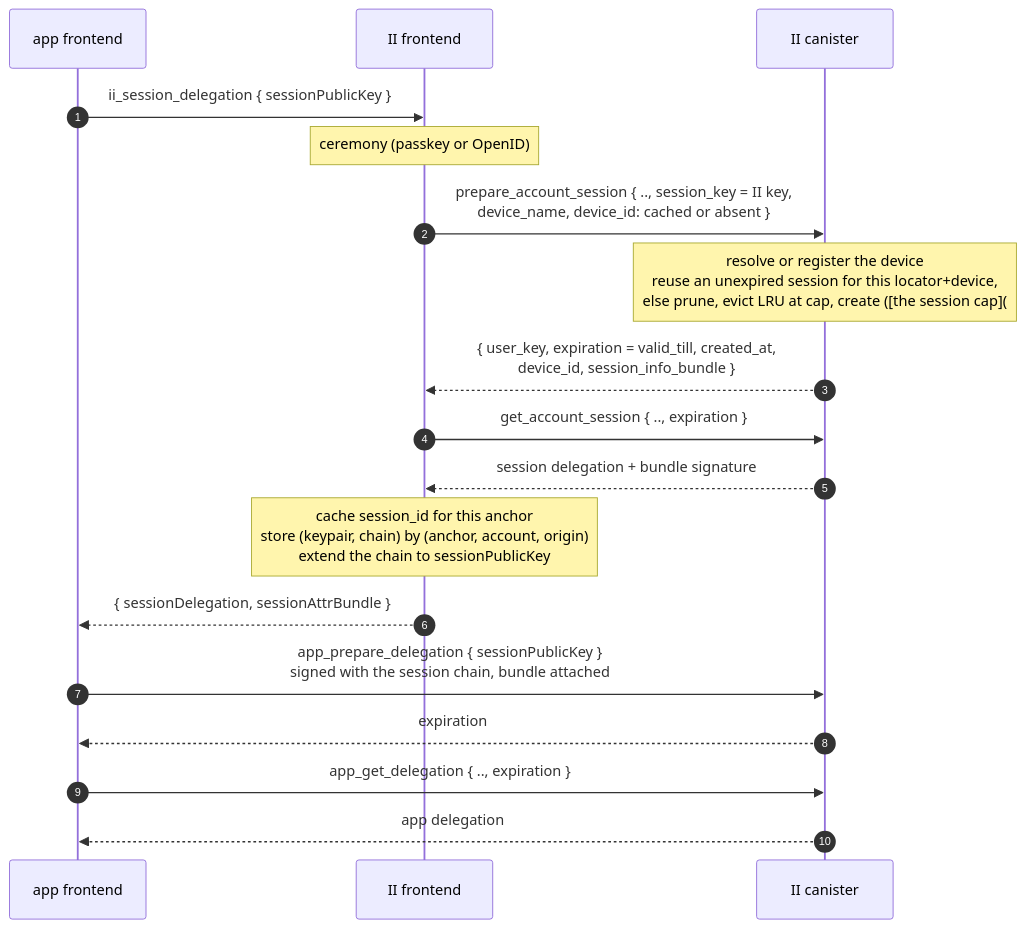
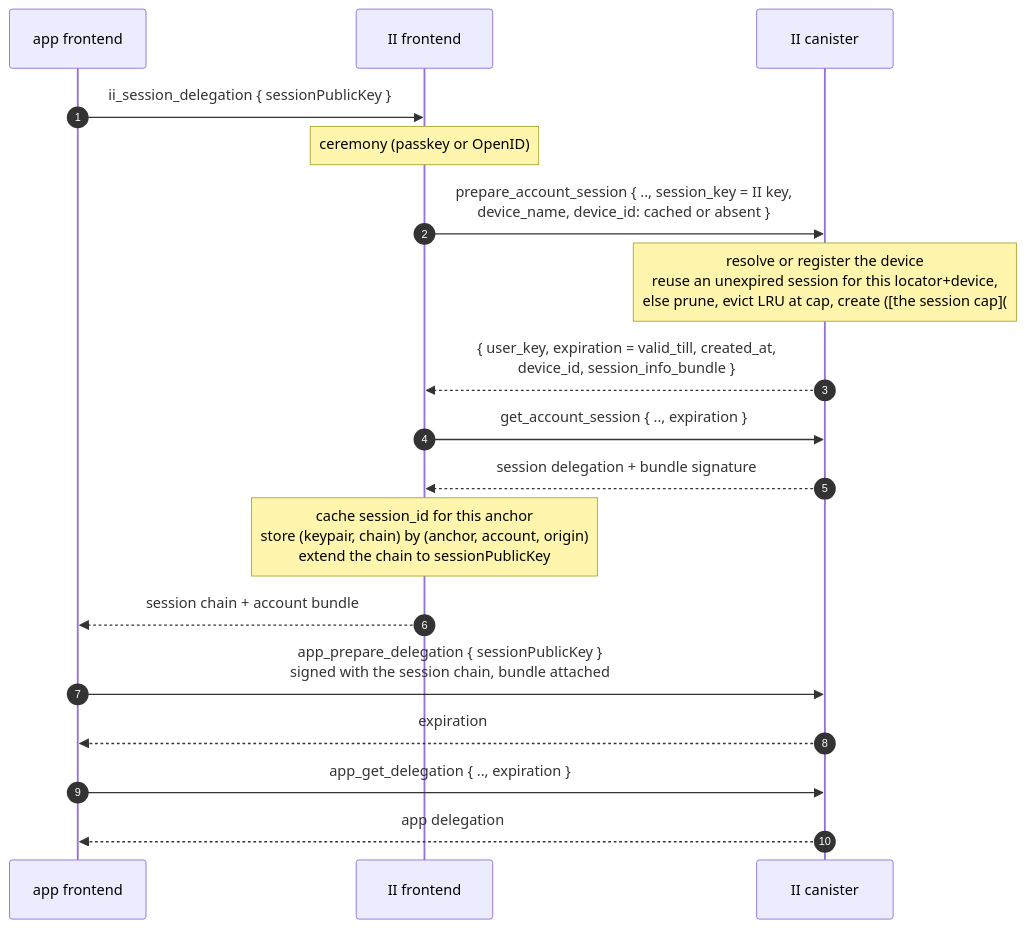
One commit to dfinity/internet-identity changed the third of 7 diagrams in docs/ongoing/revocable-app-sessions-spec.md. Above: the diagram before and after it, drawn with Mermaid. The commit also changed other lines of this file, not shown here.

````diff
--- a/docs/ongoing/revocable-app-sessions-spec.md
+++ b/docs/ongoing/revocable-app-sessions-spec.md
@@ -292,20 +296,20 @@
 ```mermaid
 sequenceDiagram
     autonumber
     participant App as app frontend
     participant IIF as II frontend
     participant IIC as II canister
     App->>IIF: ii_session_delegation { sessionPublicKey }
     Note over IIF: ceremony (passkey or OpenID)
     IIF->>IIC: prepare_account_session { .., session_key = II key,<br/>device_name, device_id: cached or absent }
     Note over IIC: resolve or register the device<br/>reuse an unexpired session for this locator+device,<br/>else prune, evict LRU at cap, create ([the session cap](#the-cap-evicts-it-never-blocks))
     IIC-->>IIF: { user_key, expiration = valid_till, created_at,<br/>device_id, session_info_bundle }
     IIF->>IIC: get_account_session { .., expiration }
     IIC-->>IIF: session delegation + bundle signature
     Note over IIF: cache session_id for this anchor<br/>store (keypair, chain) by (anchor, account, origin)<br/>extend the chain to sessionPublicKey
-    IIF-->>App: { sessionDelegation, sessionAttrBundle }
+    IIF-->>App: session chain + account bundle
     App->>IIC: app_prepare_delegation { sessionPublicKey }<br/>signed with the session chain, bundle attached
     IIC-->>App: expiration
     App->>IIC: app_get_delegation { .., expiration }
     IIC-->>App: app delegation
 ```
````
